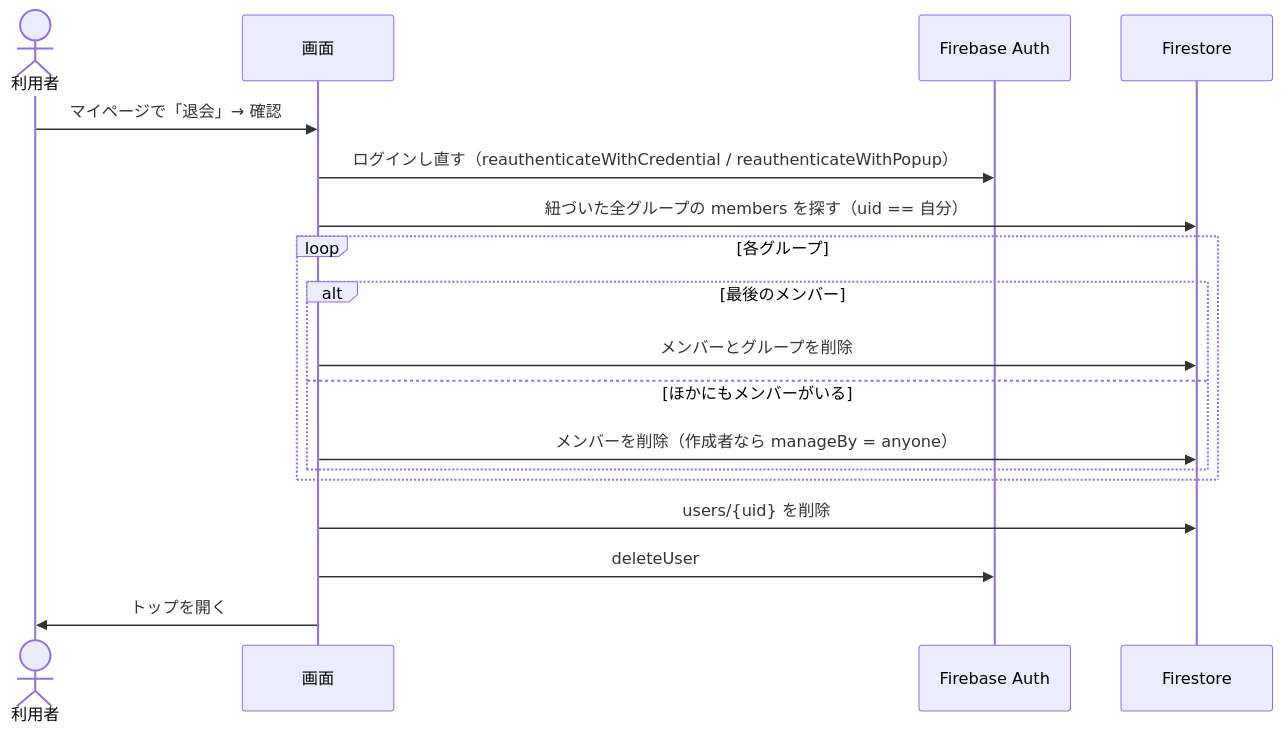
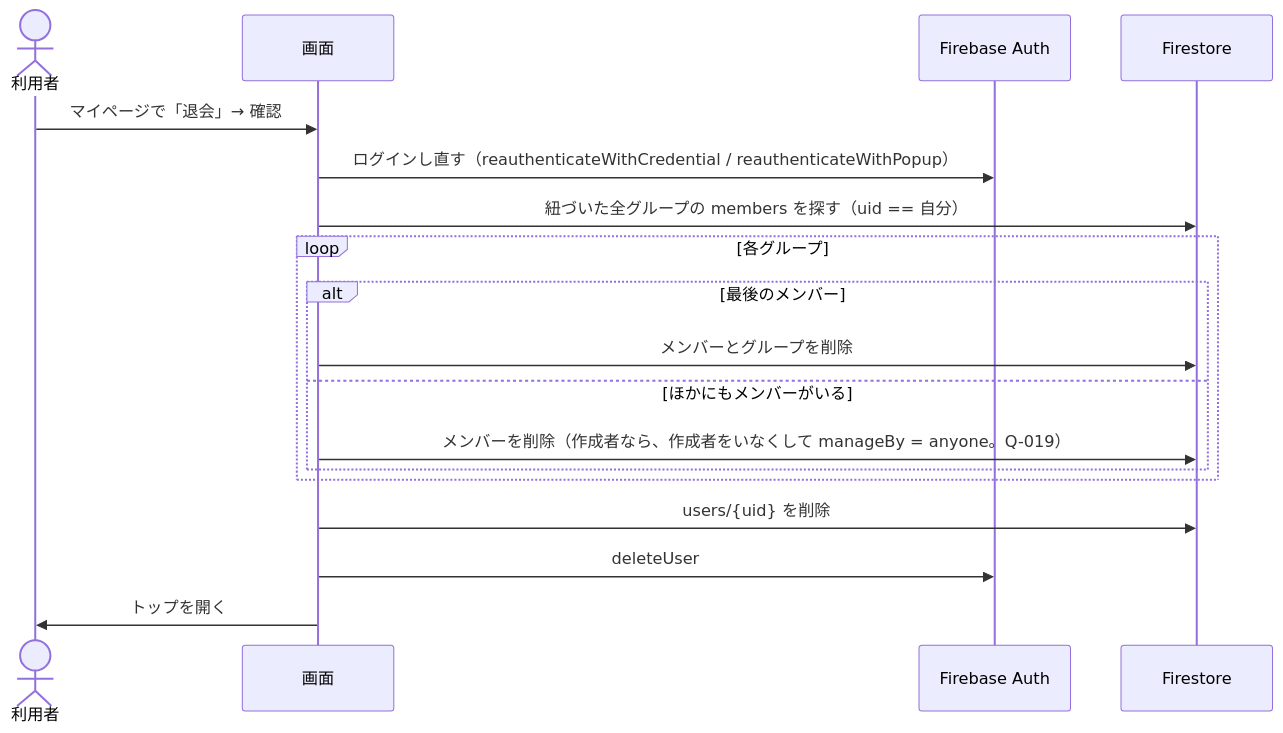
One commit to yuppy52/tabikaigi-map changed the fifth of 5 diagrams in docs/design/auth-flow.md. Above: the diagram before and after it, drawn with Mermaid. The commit also changed other lines of this file and 9 other files, not shown here.

````diff
--- a/docs/design/auth-flow.md
+++ b/docs/design/auth-flow.md
@@ -122,21 +138,21 @@
 ```mermaid
 sequenceDiagram
   actor U as 利用者
   participant App as 画面
   participant Auth as Firebase Auth
   participant DB as Firestore
 
   U->>App: マイページで「退会」→ 確認
   App->>Auth: ログインし直す（reauthenticateWithCredential / reauthenticateWithPopup）
   App->>DB: 紐づいた全グループの members を探す（uid == 自分）
   loop 各グループ
     alt 最後のメンバー
       App->>DB: メンバーとグループを削除
     else ほかにもメンバーがいる
-      App->>DB: メンバーを削除（作成者なら manageBy = anyone）
+      App->>DB: メンバーを削除（作成者なら、作成者をいなくして manageBy = anyone。Q-019）
     end
   end
   App->>DB: users/{uid} を削除
   App->>Auth: deleteUser
   App->>U: トップを開く
 ```
````
